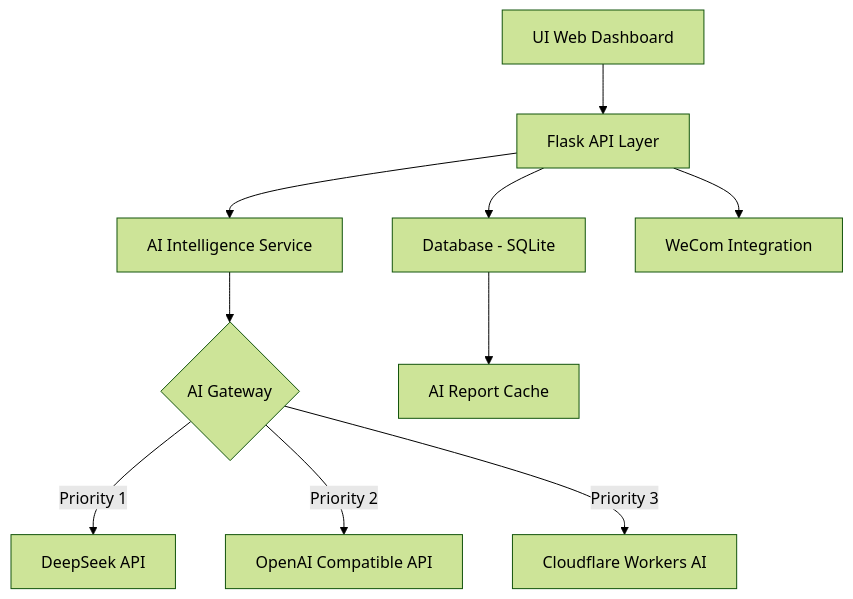
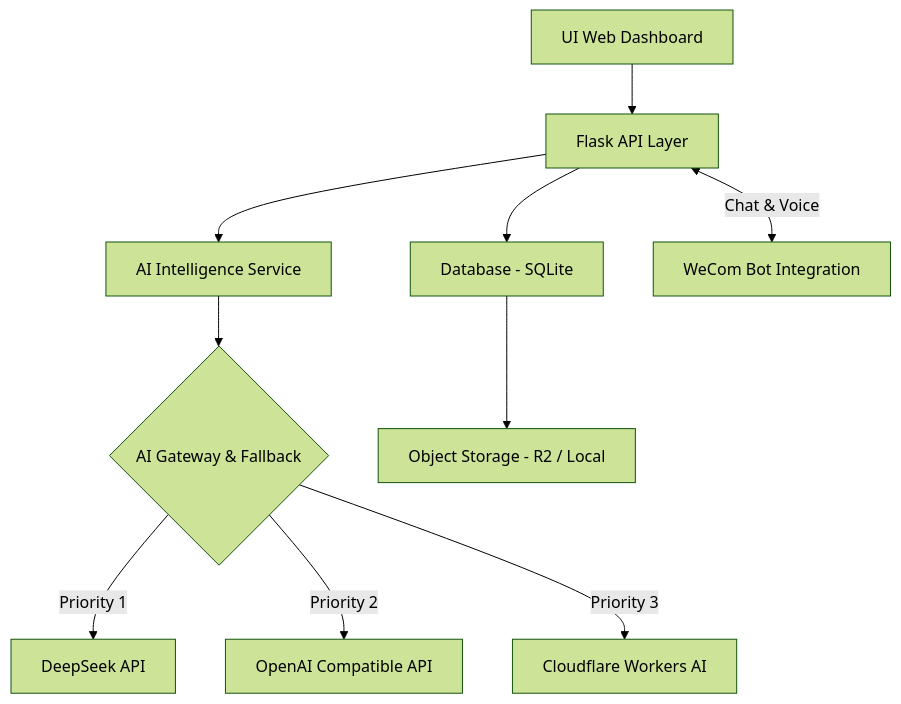
One commit to QS1314520ZHOU/icu_anesthesia_project changed the diagram in README.md. Above: the diagram before and after it, drawn with Mermaid (forest theme). The commit also changed other lines of this file and 8 other files, not shown here.

````diff
--- a/README.md
+++ b/README.md
@@ -37,12 +35,12 @@
 ```mermaid
 graph TD
     A[UI Web Dashboard] --> B[Flask API Layer]
     B --> C[AI Intelligence Service]
     B --> D[Database - SQLite]
-    C --> E{AI Gateway}
+    C --> E{AI Gateway & Fallback}
     E -->|Priority 1| F[DeepSeek API]
     E -->|Priority 2| G[OpenAI Compatible API]
     E -->|Priority 3| H[Cloudflare Workers AI]
-    D --> I[AI Report Cache]
-    B --> J[WeCom Integration]
+    D --> I[Object Storage - R2 / Local]
+    B <-->|Chat & Voice| J[WeCom Bot Integration]
 ```
````
